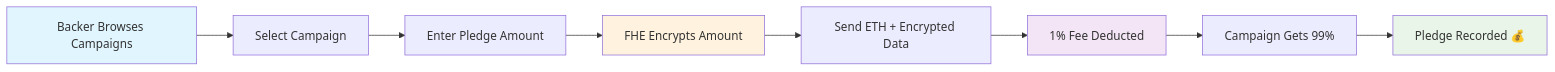
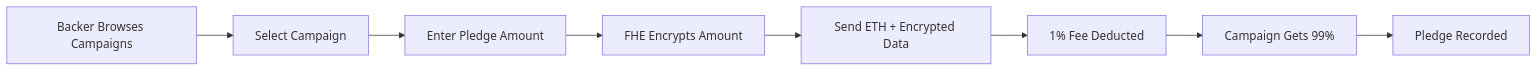
Before and after one commit to scatvicnode/FHEDge: the second of 3 diagrams in README.md, drawn with Mermaid. The commit also changed other lines of this file and 4 other files, not shown here.

````diff
--- a/README.md
+++ b/README.md
@@ -68,15 +66,10 @@
 ```mermaid
 graph LR
     A[Backer Browses Campaigns] --> B[Select Campaign]
     B --> C[Enter Pledge Amount]
     C --> D[FHE Encrypts Amount]
     D --> E[Send ETH + Encrypted Data]
     E --> F[1% Fee Deducted]
     F --> G[Campaign Gets 99%]
-    G --> H[Pledge Recorded 💰]
-    
-    style A fill:#e1f5fe
-    style D fill:#fff3e0
-    style F fill:#f3e5f5
-    style H fill:#e8f5e8
+    G --> H[Pledge Recorded]
 ```
````
